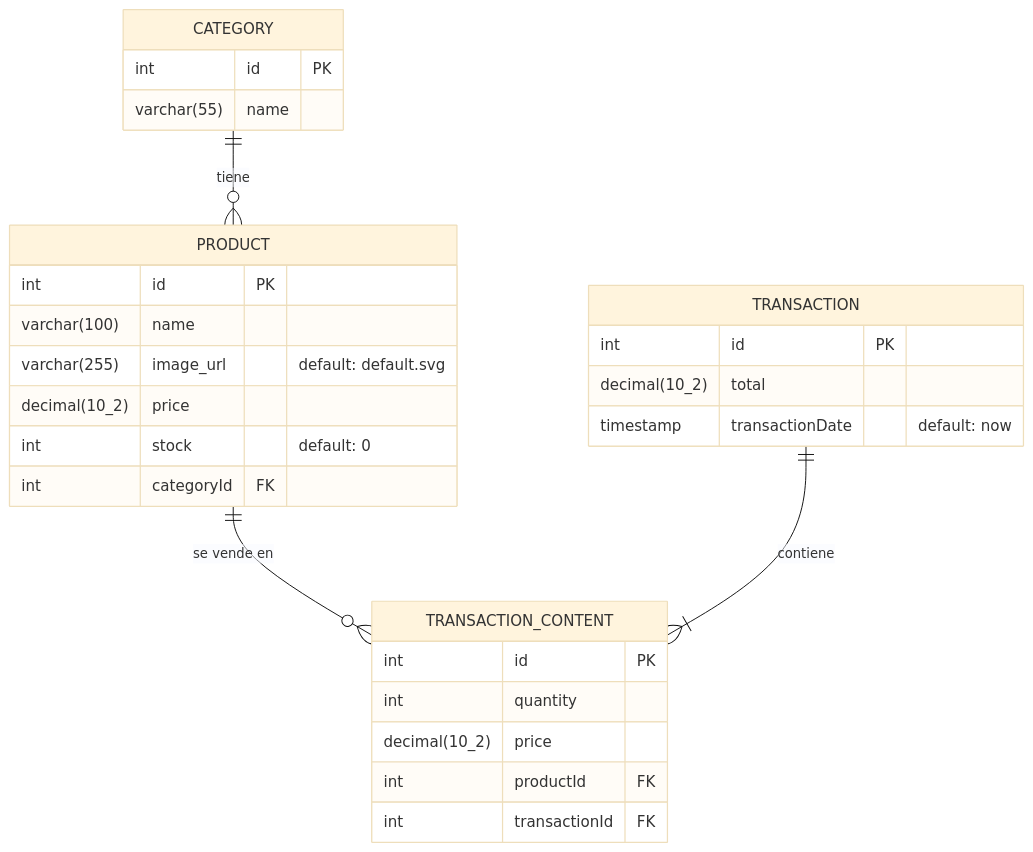
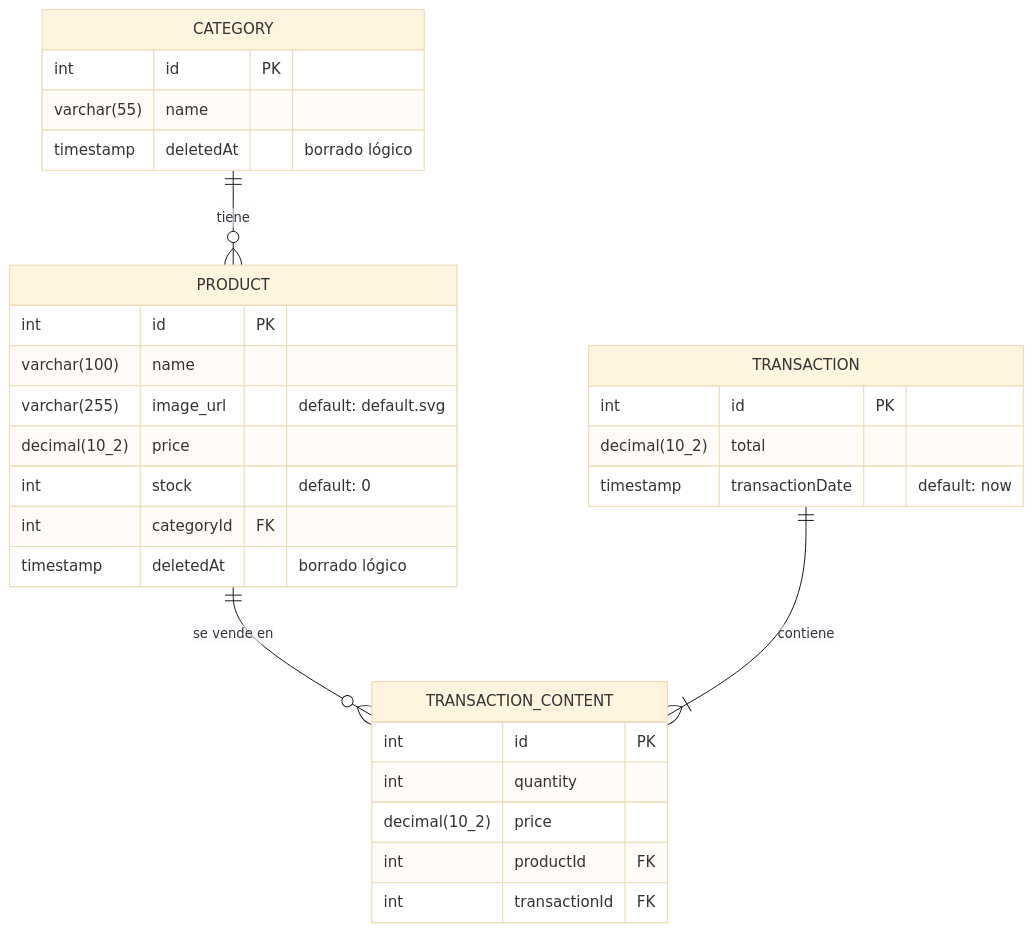
The diagram in README.md (HeymerDev/pos-system-backend), drawn with Mermaid (base theme) before and after one commit. The commit also changed other lines of this file, not shown here.

````diff
--- a/README.md
+++ b/README.md
@@ -117,31 +117,33 @@
 ```mermaid
 erDiagram
     CATEGORY ||--o{ PRODUCT : "tiene"
     PRODUCT ||--o{ TRANSACTION_CONTENT : "se vende en"
     TRANSACTION ||--|{ TRANSACTION_CONTENT : "contiene"
 
     CATEGORY {
         int id PK
         varchar(55) name
+        timestamp deletedAt "borrado lógico"
     }
     PRODUCT {
         int id PK
         varchar(100) name
         varchar(255) image_url "default: default.svg"
         decimal(10_2) price
         int stock "default: 0"
         int categoryId FK
+        timestamp deletedAt "borrado lógico"
     }
     TRANSACTION {
         int id PK
         decimal(10_2) total
         timestamp transactionDate "default: now"
     }
     TRANSACTION_CONTENT {
         int id PK
         int quantity
         decimal(10_2) price
         int productId FK
         int transactionId FK
     }
 ```
````
